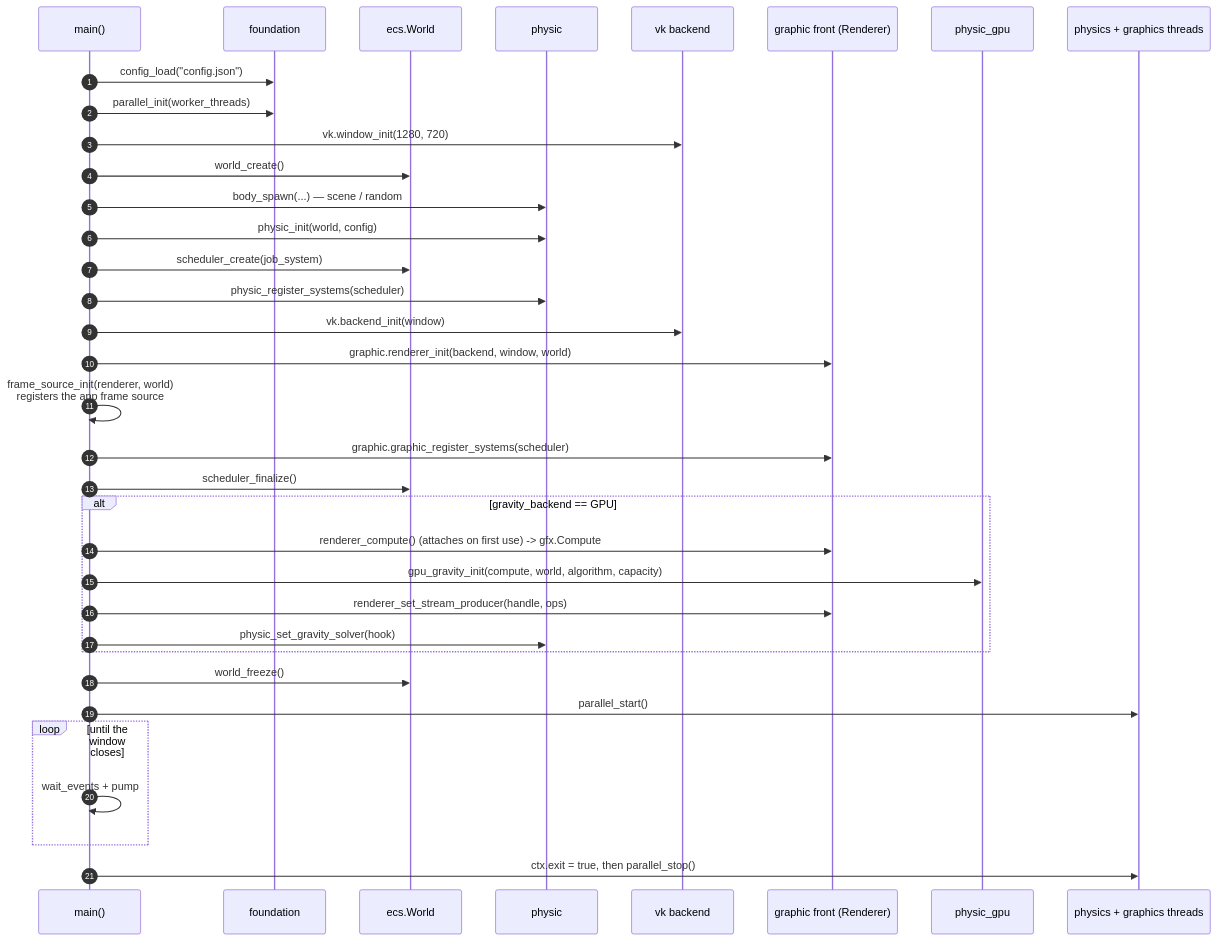
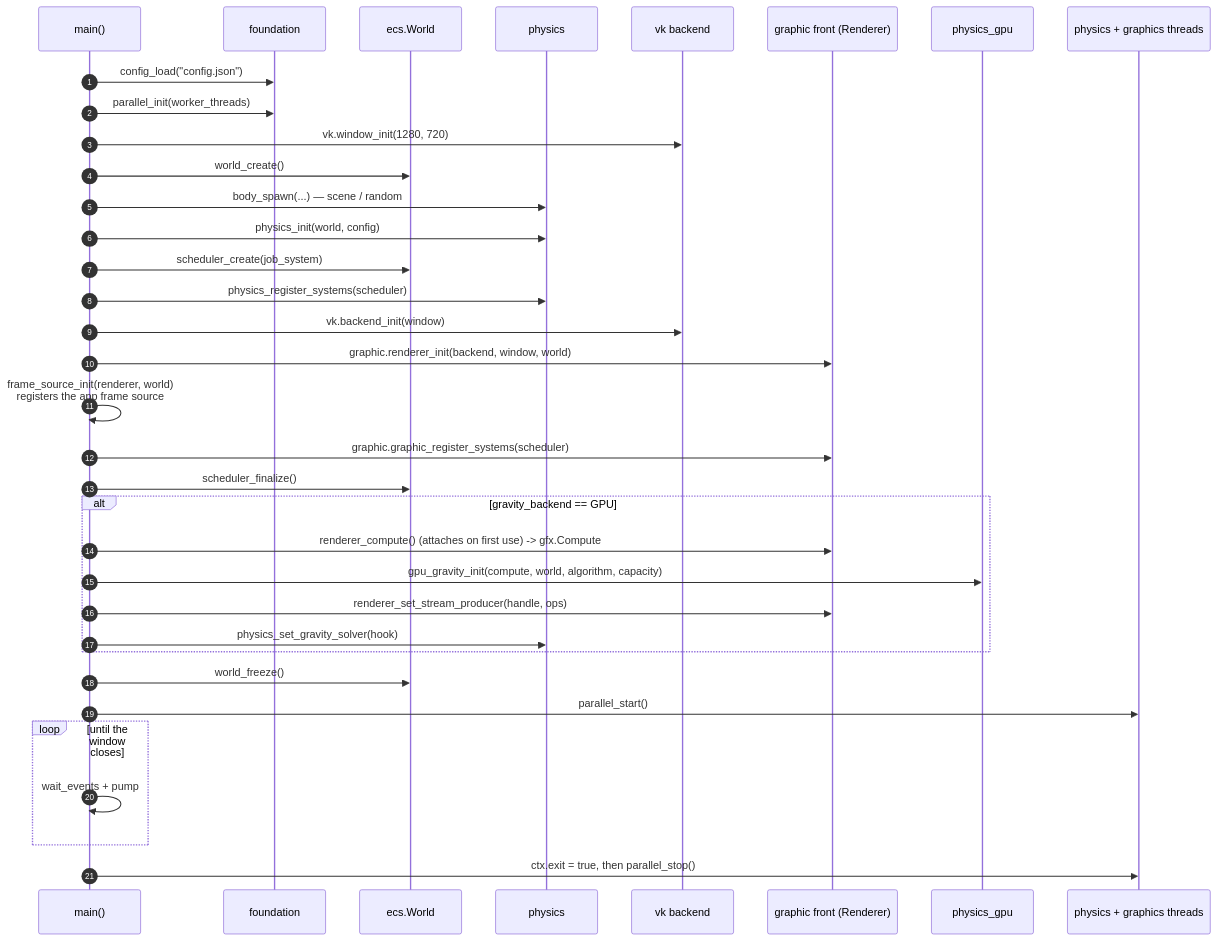
Before and after one commit to TanukiConDos/Gravity-Simulator: the fourth of 7 diagrams in docs/architecture.md, drawn with Mermaid. The commit also changed other lines of this file and 115 other files, not shown here.

````diff
--- a/docs/architecture.md
+++ b/docs/architecture.md
@@ -154,38 +154,38 @@
 ```mermaid
 sequenceDiagram
     autonumber
     participant M as main()
     participant F as foundation
     participant W as ecs.World
-    participant P as physic
+    participant P as physics
     participant B as vk backend
     participant R as graphic front (Renderer)
-    participant PG as physic_gpu
+    participant PG as physics_gpu
     participant T as physics + graphics threads
 
     M->>F: config_load("config.json")
     M->>F: parallel_init(worker_threads)
     M->>B: vk.window_init(1280, 720)
     M->>W: world_create()
     M->>P: body_spawn(...) — scene / random
-    M->>P: physic_init(world, config)
+    M->>P: physics_init(world, config)
     M->>W: scheduler_create(job_system)
-    M->>P: physic_register_systems(scheduler)
+    M->>P: physics_register_systems(scheduler)
     M->>B: vk.backend_init(window)
     M->>R: graphic.renderer_init(backend, window, world)
     M->>M: frame_source_init(renderer, world)<br/>registers the app frame source
     M->>R: graphic.graphic_register_systems(scheduler)
     M->>W: scheduler_finalize()
     alt gravity_backend == GPU
         M->>R: renderer_compute() (attaches on first use) -> gfx.Compute
         M->>PG: gpu_gravity_init(compute, world, algorithm, capacity)
         M->>R: renderer_set_stream_producer(handle, ops)
-        M->>P: physic_set_gravity_solver(hook)
+        M->>P: physics_set_gravity_solver(hook)
     end
     M->>W: world_freeze()
     M->>T: parallel_start()
     loop until the window closes
         M->>M: wait_events + pump
     end
     M->>T: ctx.exit = true, then parallel_stop()
 ```
````
